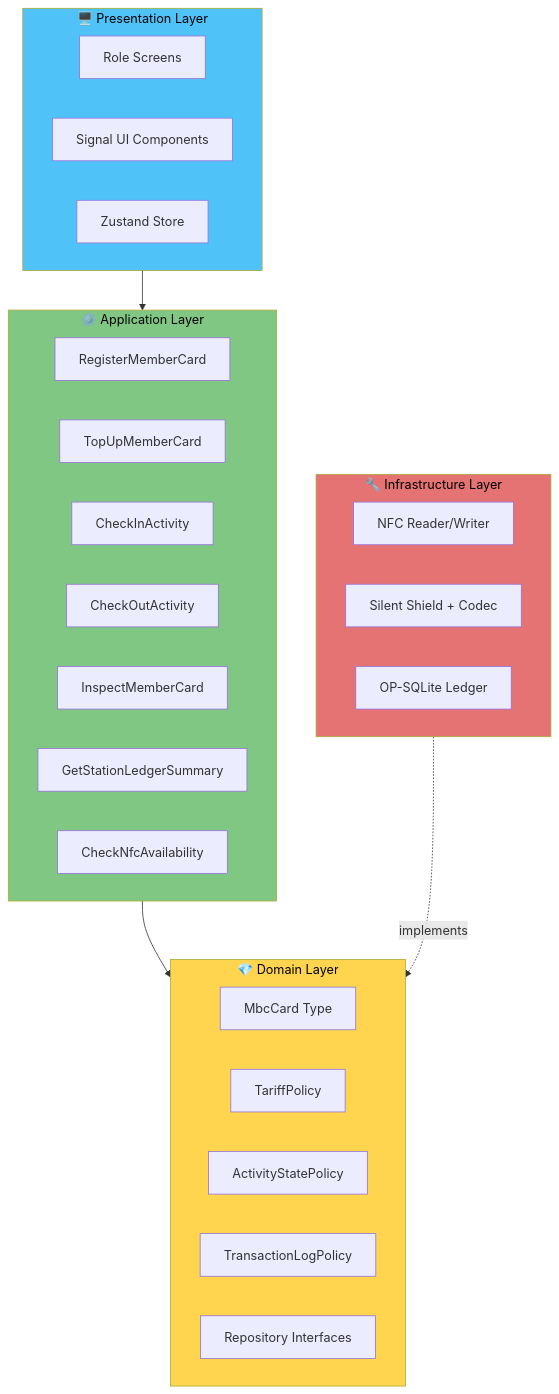
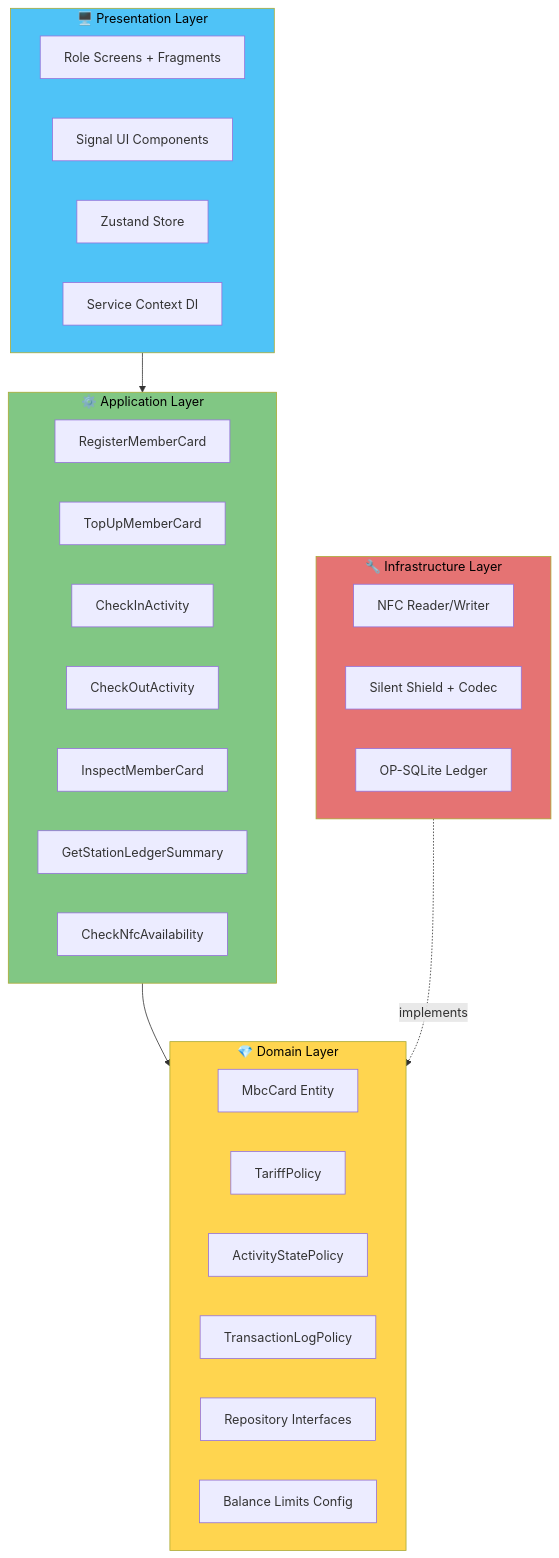
Before and after one commit to Schitzos/mbc-nfc: the eighth of 16 diagrams in docs/PRESENTATION.md, drawn with Mermaid. The commit also changed other lines of this file and 1 other file, not shown here.

````diff
--- a/docs/PRESENTATION.md
+++ b/docs/PRESENTATION.md
@@ -307,45 +346,47 @@
 ```mermaid
 graph TB
     subgraph Presentation["🖥️ Presentation Layer"]
         direction LR
-        P1[Role Screens]
+        P1[Role Screens + Fragments]
         P2[Signal UI Components]
         P3[Zustand Store]
+        P4[Service Context DI]
     end
 
     subgraph Application["⚙️ Application Layer"]
         direction LR
         A1[RegisterMemberCard]
         A2[TopUpMemberCard]
         A3[CheckInActivity]
         A4[CheckOutActivity]
         A5[InspectMemberCard]
         A6[GetStationLedgerSummary]
         A7[CheckNfcAvailability]
     end
 
     subgraph Domain["💎 Domain Layer"]
         direction LR
-        D1[MbcCard Type]
+        D1[MbcCard Entity]
         D2[TariffPolicy]
         D3[ActivityStatePolicy]
         D4[TransactionLogPolicy]
         D5[Repository Interfaces]
+        D6[Balance Limits Config]
     end
 
     subgraph Infrastructure["🔧 Infrastructure Layer"]
         direction LR
         I1[NFC Reader/Writer]
         I2[Silent Shield + Codec]
         I3[OP-SQLite Ledger]
     end
 
     Presentation --> Application
     Application --> Domain
     Infrastructure -.->|implements| Domain
 
     style Presentation fill:#4FC3F7,color:#000
     style Application fill:#81C784,color:#000
     style Domain fill:#FFD54F,color:#000
     style Infrastructure fill:#E57373,color:#000
 ```
````
